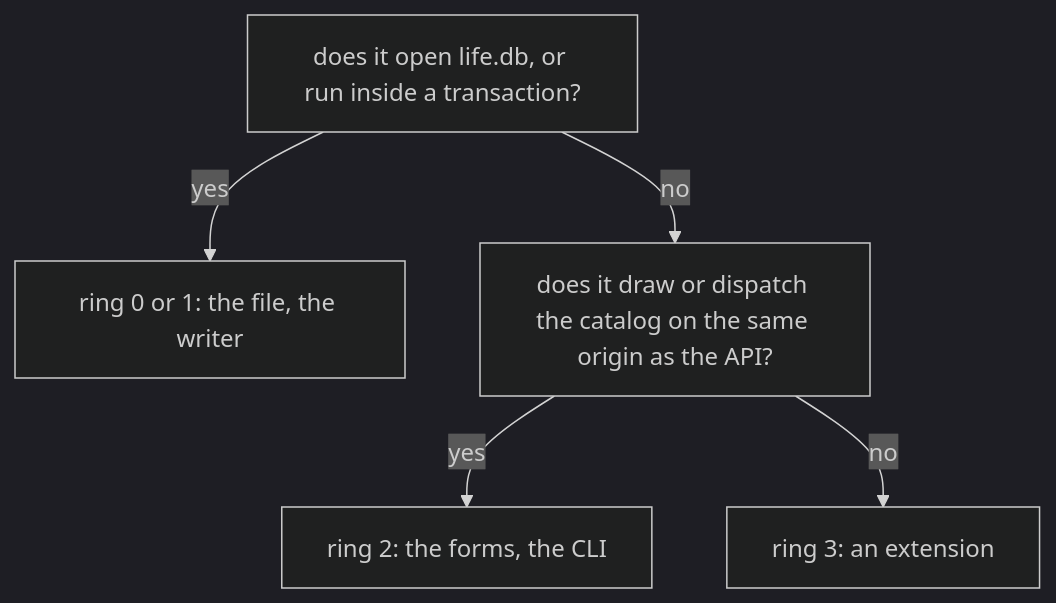
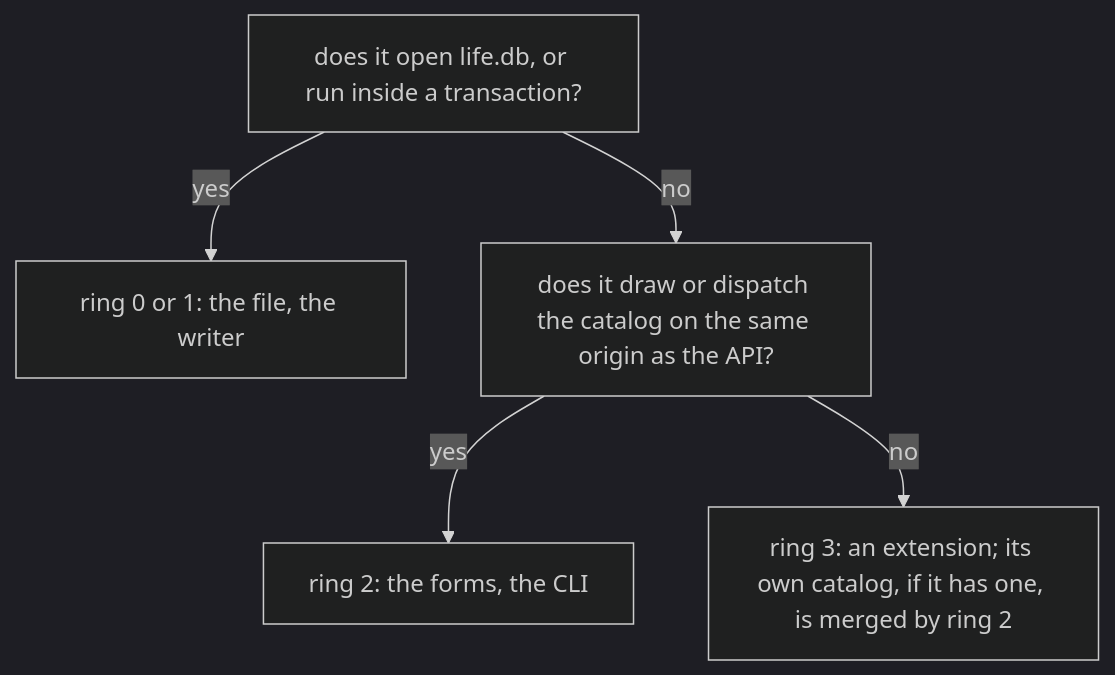
Before and after one commit to alexradunet/lifelogdb: the second of 2 diagrams in AGENTS.md, drawn with Mermaid (dark theme). The commit also changed other lines of this file and 4 other files, not shown here.

````diff
--- a/AGENTS.md
+++ b/AGENTS.md
@@ -173,7 +173,7 @@
 ```mermaid
 flowchart TD
   Q["does it open life.db, or run inside a transaction?"] -->|"yes"| C["ring 0 or 1: the file, the writer"]
   Q -->|"no"| R["does it draw or dispatch the catalog on the same origin as the API?"]
   R -->|"yes"| K["ring 2: the forms, the CLI"]
-  R -->|"no"| E["ring 3: an extension"]
+  R -->|"no"| E["ring 3: an extension; its own catalog, if it has one, is merged by ring 2"]
 ```
````
